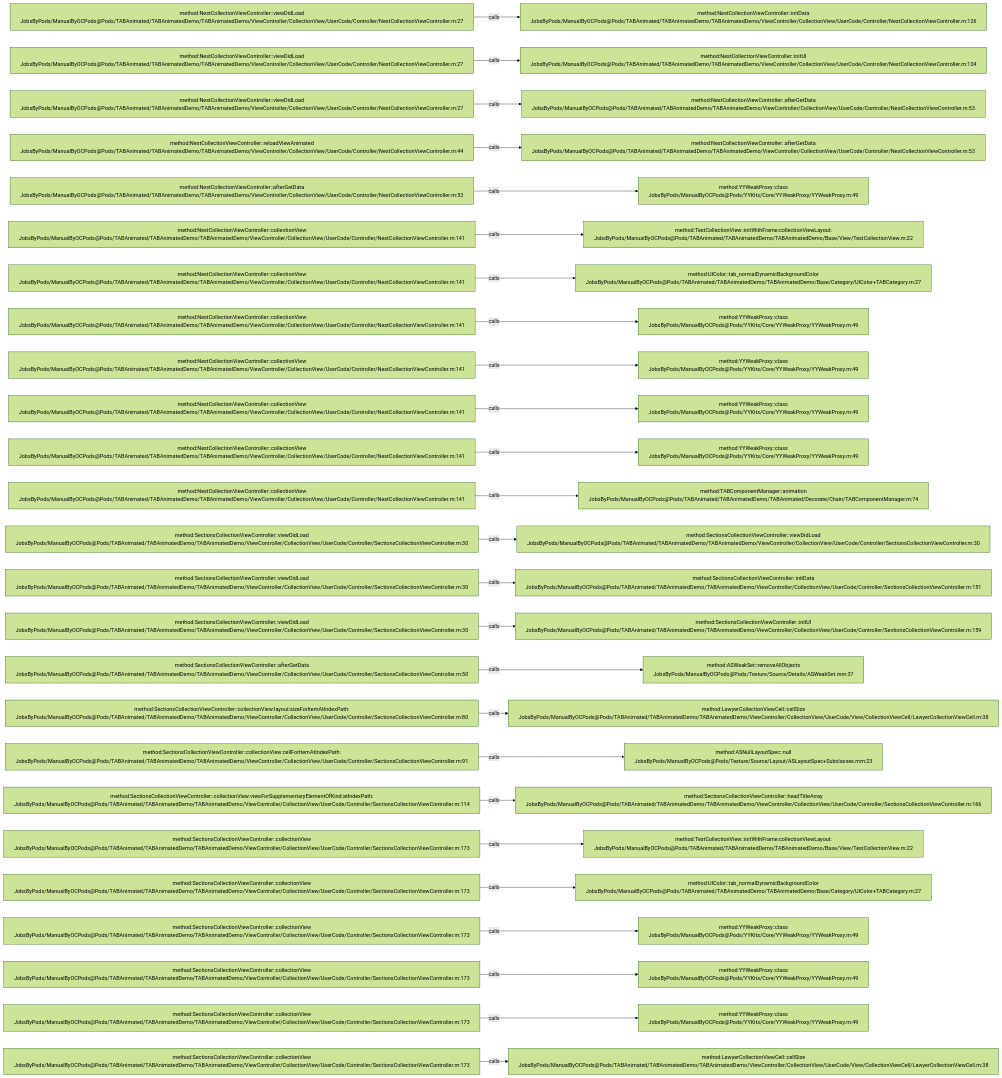
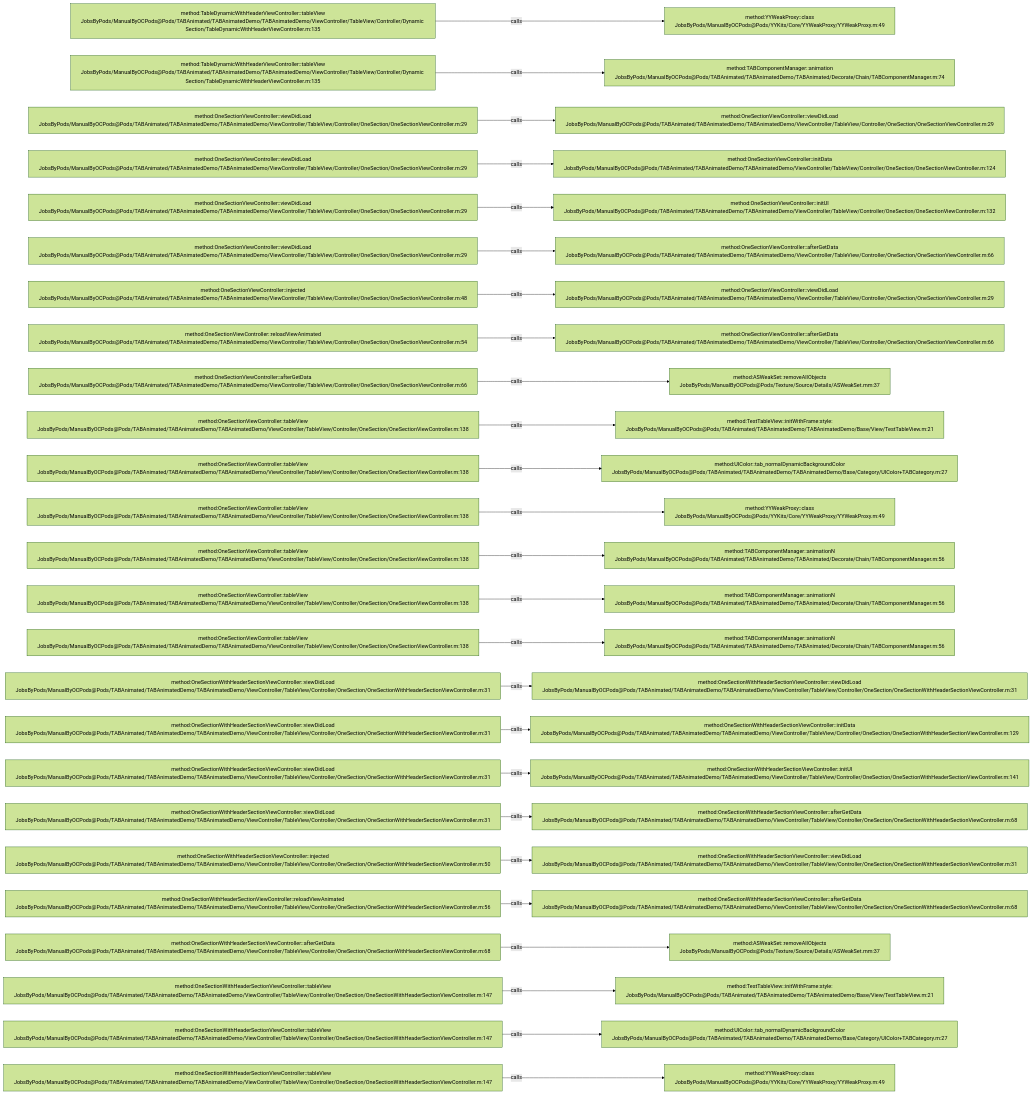
Before and after one commit to JobsKits/JobsOCBaseConfigDemo: the diagram in .codegraph/codegraph.md/graphs/calls-058.md, drawn with Mermaid (forest theme). The commit also changed 1223 other files, not shown here.

````diff
--- a/.codegraph/codegraph.md/graphs/calls-058.md
+++ b/.codegraph/codegraph.md/graphs/calls-058.md
@@ -13,78 +13,78 @@
 ```mermaid
 flowchart LR
-  S1["method:NestCollectionViewController::viewDidLoad<br/>JobsByPods/ManualByOCPods@Pods/TABAnimated/TABAnimatedDemo/TABAnimatedDemo/ViewController/CollectionView/UserCode/Controller/NestCollectionViewController.m:27"]
-  T1["method:NestCollectionViewController::initData<br/>JobsByPods/ManualByOCPods@Pods/TABAnimated/TABAnimatedDemo/TABAnimatedDemo/ViewController/CollectionView/UserCode/Controller/NestCollectionViewController.m:126"]
+  S1["method:TableDynamicWithHeaderViewController::tableView<br/>JobsByPods/ManualByOCPods@Pods/TABAnimated/TABAnimatedDemo/TABAnimatedDemo/ViewController/TableView/Controller/Dynamic Section/TableDynamicWithHeaderViewController.m:135"]
+  T1["method:YYWeakProxy::class<br/>JobsByPods/ManualByOCPods@Pods/YYKits/Core/YYWeakProxy/YYWeakProxy.m:49"]
   S1 -->|calls| T1
-  S2["method:NestCollectionViewController::viewDidLoad<br/>JobsByPods/ManualByOCPods@Pods/TABAnimated/TABAnimatedDemo/TABAnimatedDemo/ViewController/CollectionView/UserCode/Controller/NestCollectionViewController.m:27"]
-  T2["method:NestCollectionViewController::initUI<br/>JobsByPods/ManualByOCPods@Pods/TABAnimated/TABAnimatedDemo/TABAnimatedDemo/ViewController/CollectionView/UserCode/Controller/NestCollectionViewController.m:134"]
+  S2["method:TableDynamicWithHeaderViewController::tableView<br/>JobsByPods/ManualByOCPods@Pods/TABAnimated/TABAnimatedDemo/TABAnimatedDemo/ViewController/TableView/Controller/Dynamic Section/TableDynamicWithHeaderViewController.m:135"]
+  T2["method:TABComponentManager::animation<br/>JobsByPods/ManualByOCPods@Pods/TABAnimated/TABAnimatedDemo/TABAnimated/Decorate/Chain/TABComponentManager.m:74"]
   S2 -->|calls| T2
-  S3["method:NestCollectionViewController::viewDidLoad<br/>JobsByPods/ManualByOCPods@Pods/TABAnimated/TABAnimatedDemo/TABAnimatedDemo/ViewController/CollectionView/UserCode/Controller/NestCollectionViewController.m:27"]
-  T3["method:NestCollectionViewController::afterGetData<br/>JobsByPods/ManualByOCPods@Pods/TABAnimated/TABAnimatedDemo/TABAnimatedDemo/ViewController/CollectionView/UserCode/Controller/NestCollectionViewController.m:53"]
+  S3["method:OneSectionViewController::viewDidLoad<br/>JobsByPods/ManualByOCPods@Pods/TABAnimated/TABAnimatedDemo/TABAnimatedDemo/ViewController/TableView/Controller/OneSection/OneSectionViewController.m:29"]
+  T3["method:OneSectionViewController::viewDidLoad<br/>JobsByPods/ManualByOCPods@Pods/TABAnimated/TABAnimatedDemo/TABAnimatedDemo/ViewController/TableView/Controller/OneSection/OneSectionViewController.m:29"]
   S3 -->|calls| T3
-  S4["method:NestCollectionViewController::reloadViewAnimated<br/>JobsByPods/ManualByOCPods@Pods/TABAnimated/TABAnimatedDemo/TABAnimatedDemo/ViewController/CollectionView/UserCode/Controller/NestCollectionViewController.m:44"]
-  T4["method:NestCollectionViewController::afterGetData<br/>JobsByPods/ManualByOCPods@Pods/TABAnimated/TABAnimatedDemo/TABAnimatedDemo/ViewController/CollectionView/UserCode/Controller/NestCollectionViewController.m:53"]
+  S4["method:OneSectionViewController::viewDidLoad<br/>JobsByPods/ManualByOCPods@Pods/TABAnimated/TABAnimatedDemo/TABAnimatedDemo/ViewController/TableView/Controller/OneSection/OneSectionViewController.m:29"]
+  T4["method:OneSectionViewController::initData<br/>JobsByPods/ManualByOCPods@Pods/TABAnimated/TABAnimatedDemo/TABAnimatedDemo/ViewController/TableView/Controller/OneSection/OneSectionViewController.m:124"]
   S4 -->|calls| T4
-  S5["method:NestCollectionViewController::afterGetData<br/>JobsByPods/ManualByOCPods@Pods/TABAnimated/TABAnimatedDemo/TABAnimatedDemo/ViewController/CollectionView/UserCode/Controller/NestCollectionViewController.m:53"]
-  T5["method:YYWeakProxy::class<br/>JobsByPods/ManualByOCPods@Pods/YYKits/Core/YYWeakProxy/YYWeakProxy.m:49"]
+  S5["method:OneSectionViewController::viewDidLoad<br/>JobsByPods/ManualByOCPods@Pods/TABAnimated/TABAnimatedDemo/TABAnimatedDemo/ViewController/TableView/Controller/OneSection/OneSectionViewController.m:29"]
+  T5["method:OneSectionViewController::initUI<br/>JobsByPods/ManualByOCPods@Pods/TABAnimated/TABAnimatedDemo/TABAnimatedDemo/ViewController/TableView/Controller/OneSection/OneSectionViewController.m:132"]
   S5 -->|calls| T5
-  S6["method:NestCollectionViewController::collectionView<br/>JobsByPods/ManualByOCPods@Pods/TABAnimated/TABAnimatedDemo/TABAnimatedDemo/ViewController/CollectionView/UserCode/Controller/NestCollectionViewController.m:141"]
-  T6["method:TestCollectionView::initWithFrame:collectionViewLayout:<br/>JobsByPods/ManualByOCPods@Pods/TABAnimated/TABAnimatedDemo/TABAnimatedDemo/Base/View/TestCollectionView.m:22"]
+  S6["method:OneSectionViewController::viewDidLoad<br/>JobsByPods/ManualByOCPods@Pods/TABAnimated/TABAnimatedDemo/TABAnimatedDemo/ViewController/TableView/Controller/OneSection/OneSectionViewController.m:29"]
+  T6["method:OneSectionViewController::afterGetData<br/>JobsByPods/ManualByOCPods@Pods/TABAnimated/TABAnimatedDemo/TABAnimatedDemo/ViewController/TableView/Controller/OneSection/OneSectionViewController.m:66"]
   S6 -->|calls| T6
-  S7["method:NestCollectionViewController::collectionView<br/>JobsByPods/ManualByOCPods@Pods/TABAnimated/TABAnimatedDemo/TABAnimatedDemo/ViewController/CollectionView/UserCode/Controller/NestCollectionViewController.m:141"]
-  T7["method:UIColor::tab_normalDynamicBackgroundColor<br/>JobsByPods/ManualByOCPods@Pods/TABAnimated/TABAnimatedDemo/TABAnimatedDemo/Base/Category/UIColor+TABCategory.m:27"]
+  S7["method:OneSectionViewController::injected<br/>JobsByPods/ManualByOCPods@Pods/TABAnimated/TABAnimatedDemo/TABAnimatedDemo/ViewController/TableView/Controller/OneSection/OneSectionViewController.m:48"]
+  T7["method:OneSectionViewController::viewDidLoad<br/>JobsByPods/ManualByOCPods@Pods/TABAnimated/TABAnimatedDemo/TABAnimatedDemo/ViewController/TableView/Controller/OneSection/OneSectionViewController.m:29"]
   S7 -->|calls| T7
-  S8["method:NestCollectionViewController::collectionView<br/>JobsByPods/ManualByOCPods@Pods/TABAnimated/TABAnimatedDemo/TABAnimatedDemo/ViewController/CollectionView/UserCode/Controller/NestCollectionViewController.m:141"]
-  T8["method:YYWeakProxy::class<br/>JobsByPods/ManualByOCPods@Pods/YYKits/Core/YYWeakProxy/YYWeakProxy.m:49"]
+  S8["method:OneSectionViewController::reloadViewAnimated<br/>JobsByPods/ManualByOCPods@Pods/TABAnimated/TABAnimatedDemo/TABAnimatedDemo/ViewController/TableView/Controller/OneSection/OneSectionViewController.m:54"]
+  T8["method:OneSectionViewController::afterGetData<br/>JobsByPods/ManualByOCPods@Pods/TABAnimated/TABAnimatedDemo/TABAnimatedDemo/ViewController/TableView/Controller/OneSection/OneSectionViewController.m:66"]
   S8 -->|calls| T8
-  S9["method:NestCollectionViewController::collectionView<br/>JobsByPods/ManualByOCPods@Pods/TABAnimated/TABAnimatedDemo/TABAnimatedDemo/ViewController/CollectionView/UserCode/Controller/NestCollectionViewController.m:141"]
-  T9["method:YYWeakProxy::class<br/>JobsByPods/ManualByOCPods@Pods/YYKits/Core/YYWeakProxy/YYWeakProxy.m:49"]
+  S9["method:OneSectionViewController::afterGetData<br/>JobsByPods/ManualByOCPods@Pods/TABAnimated/TABAnimatedDemo/TABAnimatedDemo/ViewController/TableView/Controller/OneSection/OneSectionViewController.m:66"]
+  T9["method:ASWeakSet::removeAllObjects<br/>JobsByPods/ManualByOCPods@Pods/Texture/Source/Details/ASWeakSet.mm:37"]
   S9 -->|calls| T9
-  S10["method:NestCollectionViewController::collectionView<br/>JobsByPods/ManualByOCPods@Pods/TABAnimated/TABAnimatedDemo/TABAnimatedDemo/ViewController/CollectionView/UserCode/Controller/NestCollectionViewController.m:141"]
-  T10["method:YYWeakProxy::class<br/>JobsByPods/ManualByOCPods@Pods/YYKits/Core/YYWeakProxy/YYWeakProxy.m:49"]
+  S10["method:OneSectionViewController::tableView<br/>JobsByPods/ManualByOCPods@Pods/TABAnimated/TABAnimatedDemo/TABAnimatedDemo/ViewController/TableView/Controller/OneSection/OneSectionViewController.m:138"]
+  T10["method:TestTableView::initWithFrame:style:<br/>JobsByPods/ManualByOCPods@Pods/TABAnimated/TABAnimatedDemo/TABAnimatedDemo/Base/View/TestTableView.m:21"]
   S10 -->|calls| T10
-  S11["method:NestCollectionViewController::collectionView<br/>JobsByPods/ManualByOCPods@Pods/TABAnimated/TABAnimatedDemo/TABAnimatedDemo/ViewController/CollectionView/UserCode/Controller/NestCollectionViewController.m:141"]
-  T11["method:YYWeakProxy::class<br/>JobsByPods/ManualByOCPods@Pods/YYKits/Core/YYWeakProxy/YYWeakProxy.m:49"]
+  S11["method:OneSectionViewController::tableView<br/>JobsByPods/ManualByOCPods@Pods/TABAnimated/TABAnimatedDemo/TABAnimatedDemo/ViewController/TableView/Controller/OneSection/OneSectionViewController.m:138"]
+  T11["method:UIColor::tab_normalDynamicBackgroundColor<br/>JobsByPods/ManualByOCPods@Pods/TABAnimated/TABAnimatedDemo/TABAnimatedDemo/Base/Category/UIColor+TABCategory.m:27"]
   S11 -->|calls| T11
-  S12["method:NestCollectionViewController::collectionView<br/>JobsByPods/ManualByOCPods@Pods/TABAnimated/TABAnimatedDemo/TABAnimatedDemo/ViewController/CollectionView/UserCode/Controller/NestCollectionViewController.m:141"]
-  T12["method:TABComponentManager::animation<br/>JobsByPods/ManualByOCPods@Pods/TABAnimated/TABAnimatedDemo/TABAnimated/Decorate/Chain/TABComponentManager.m:74"]
+  S12["method:OneSectionViewController::tableView<br/>JobsByPods/ManualByOCPods@Pods/TABAnimated/TABAnimatedDemo/TABAnimatedDemo/ViewController/TableView/Controller/OneSection/OneSectionViewController.m:138"]
+  T12["method:YYWeakProxy::class<br/>JobsByPods/ManualByOCPods@Pods/YYKits/Core/YYWeakProxy/YYWeakProxy.m:49"]
   S12 -->|calls| T12
-  S13["method:SectionsCollectionViewController::viewDidLoad<br/>JobsByPods/ManualByOCPods@Pods/TABAnimated/TABAnimatedDemo/TABAnimatedDemo/ViewController/CollectionView/UserCode/Controller/SectionsCollectionViewController.m:30"]
-  T13["method:SectionsCollectionViewController::viewDidLoad<br/>JobsByPods/ManualByOCPods@Pods/TABAnimated/TABAnimatedDemo/TABAnimatedDemo/ViewController/CollectionView/UserCode/Controller/SectionsCollectionViewController.m:30"]
+  S13["method:OneSectionViewController::tableView<br/>JobsByPods/ManualByOCPods@Pods/TABAnimated/TABAnimatedDemo/TABAnimatedDemo/ViewController/TableView/Controller/OneSection/OneSectionViewController.m:138"]
+  T13["method:TABComponentManager::animationN<br/>JobsByPods/ManualByOCPods@Pods/TABAnimated/TABAnimatedDemo/TABAnimated/Decorate/Chain/TABComponentManager.m:56"]
   S13 -->|calls| T13
-  S14["method:SectionsCollectionViewController::viewDidLoad<br/>JobsByPods/ManualByOCPods@Pods/TABAnimated/TABAnimatedDemo/TABAnimatedDemo/ViewController/CollectionView/UserCode/Controller/SectionsCollectionViewController.m:30"]
-  T14["method:SectionsCollectionViewController::initData<br/>JobsByPods/ManualByOCPods@Pods/TABAnimated/TABAnimatedDemo/TABAnimatedDemo/ViewController/CollectionView/UserCode/Controller/SectionsCollectionViewController.m:151"]
+  S14["method:OneSectionViewController::tableView<br/>JobsByPods/ManualByOCPods@Pods/TABAnimated/TABAnimatedDemo/TABAnimatedDemo/ViewController/TableView/Controller/OneSection/OneSectionViewController.m:138"]
+  T14["method:TABComponentManager::animationN<br/>JobsByPods/ManualByOCPods@Pods/TABAnimated/TABAnimatedDemo/TABAnimated/Decorate/Chain/TABComponentManager.m:56"]
   S14 -->|calls| T14
-  S15["method:SectionsCollectionViewController::viewDidLoad<br/>JobsByPods/ManualByOCPods@Pods/TABAnimated/TABAnimatedDemo/TABAnimatedDemo/ViewController/CollectionView/UserCode/Controller/SectionsCollectionViewController.m:30"]
-  T15["method:SectionsCollectionViewController::initUI<br/>JobsByPods/ManualByOCPods@Pods/TABAnimated/TABAnimatedDemo/TABAnimatedDemo/ViewController/CollectionView/UserCode/Controller/SectionsCollectionViewController.m:159"]
+  S15["method:OneSectionViewController::tableView<br/>JobsByPods/ManualByOCPods@Pods/TABAnimated/TABAnimatedDemo/TABAnimatedDemo/ViewController/TableView/Controller/OneSection/OneSectionViewController.m:138"]
+  T15["method:TABComponentManager::animationN<br/>JobsByPods/ManualByOCPods@Pods/TABAnimated/TABAnimatedDemo/TABAnimated/Decorate/Chain/TABComponentManager.m:56"]
   S15 -->|calls| T15
-  S16["method:SectionsCollectionViewController::afterGetData<br/>JobsByPods/ManualByOCPods@Pods/TABAnimated/TABAnimatedDemo/TABAnimatedDemo/ViewController/CollectionView/UserCode/Controller/SectionsCollectionViewController.m:50"]
-  T16["method:ASWeakSet::removeAllObjects<br/>JobsByPods/ManualByOCPods@Pods/Texture/Source/Details/ASWeakSet.mm:37"]
+  S16["method:OneSectionWithHeaderSectionViewController::viewDidLoad<br/>JobsByPods/ManualByOCPods@Pods/TABAnimated/TABAnimatedDemo/TABAnimatedDemo/ViewController/TableView/Controller/OneSection/OneSectionWithHeaderSectionViewController.m:31"]
+  T16["method:OneSectionWithHeaderSectionViewController::viewDidLoad<br/>JobsByPods/ManualByOCPods@Pods/TABAnimated/TABAnimatedDemo/TABAnimatedDemo/ViewController/TableView/Controller/OneSection/OneSectionWithHeaderSectionViewController.m:31"]
   S16 -->|calls| T16
-  S17["method:SectionsCollectionViewController::collectionView:layout:sizeForItemAtIndexPath:<br/>JobsByPods/ManualByOCPods@Pods/TABAnimated/TABAnimatedDemo/TABAnimatedDemo/ViewController/CollectionView/UserCode/Controller/SectionsCollectionViewController.m:80"]
-  T17["method:LawyerCollectionViewCell::cellSize<br/>JobsByPods/ManualByOCPods@Pods/TABAnimated/TABAnimatedDemo/TABAnimatedDemo/ViewController/CollectionView/UserCode/View/CollectionViewCell/LawyerCollectionViewCell.m:38"]
+  S17["method:OneSectionWithHeaderSectionViewController::viewDidLoad<br/>JobsByPods/ManualByOCPods@Pods/TABAnimated/TABAnimatedDemo/TABAnimatedDemo/ViewController/TableView/Controller/OneSection/OneSectionWithHeaderSectionViewController.m:31"]
+  T17["method:OneSectionWithHeaderSectionViewController::initData<br/>JobsByPods/ManualByOCPods@Pods/TABAnimated/TABAnimatedDemo/TABAnimatedDemo/ViewController/TableView/Controller/OneSection/OneSectionWithHeaderSectionViewController.m:129"]
   S17 -->|calls| T17
-  S18["method:SectionsCollectionViewController::collectionView:cellForItemAtIndexPath:<br/>JobsByPods/ManualByOCPods@Pods/TABAnimated/TABAnimatedDemo/TABAnimatedDemo/ViewController/CollectionView/UserCode/Controller/SectionsCollectionViewController.m:91"]
-  T18["method:ASNullLayoutSpec::null<br/>JobsByPods/ManualByOCPods@Pods/Texture/Source/Layout/ASLayoutSpec+Subclasses.mm:23"]
+  S18["method:OneSectionWithHeaderSectionViewController::viewDidLoad<br/>JobsByPods/ManualByOCPods@Pods/TABAnimated/TABAnimatedDemo/TABAnimatedDemo/ViewController/TableView/Controller/OneSection/OneSectionWithHeaderSectionViewController.m:31"]
+  T18["method:OneSectionWithHeaderSectionViewController::initUI<br/>JobsByPods/ManualByOCPods@Pods/TABAnimated/TABAnimatedDemo/TABAnimatedDemo/ViewController/TableView/Controller/OneSection/OneSectionWithHeaderSectionViewController.m:141"]
   S18 -->|calls| T18
-  S19["method:SectionsCollectionViewController::collectionView:viewForSupplementaryElementOfKind:atIndexPath:<br/>JobsByPods/ManualByOCPods@Pods/TABAnimated/TABAnimatedDemo/TABAnimatedDemo/ViewController/CollectionView/UserCode/Controller/SectionsCollectionViewController.m:114"]
-  T19["method:SectionsCollectionViewController::headTitleArray<br/>JobsByPods/ManualByOCPods@Pods/TABAnimated/TABAnimatedDemo/TABAnimatedDemo/ViewController/CollectionView/UserCode/Controller/SectionsCollectionViewController.m:166"]
+  S19["method:OneSectionWithHeaderSectionViewController::viewDidLoad<br/>JobsByPods/ManualByOCPods@Pods/TABAnimated/TABAnimatedDemo/TABAnimatedDemo/ViewController/TableView/Controller/OneSection/OneSectionWithHeaderSectionViewController.m:31"]
+  T19["method:OneSectionWithHeaderSectionViewController::afterGetData<br/>JobsByPods/ManualByOCPods@Pods/TABAnimated/TABAnimatedDemo/TABAnimatedDemo/ViewController/TableView/Controller/OneSection/OneSectionWithHeaderSectionViewController.m:68"]
   S19 -->|calls| T19
-  S20["method:SectionsCollectionViewController::collectionView<br/>JobsByPods/ManualByOCPods@Pods/TABAnimated/TABAnimatedDemo/TABAnimatedDemo/ViewController/CollectionView/UserCode/Controller/SectionsCollectionViewController.m:173"]
-  T20["method:TestCollectionView::initWithFrame:collectionViewLayout:<br/>JobsByPods/ManualByOCPods@Pods/TABAnimated/TABAnimatedDemo/TABAnimatedDemo/Base/View/TestCollectionView.m:22"]
+  S20["method:OneSectionWithHeaderSectionViewController::injected<br/>JobsByPods/ManualByOCPods@Pods/TABAnimated/TABAnimatedDemo/TABAnimatedDemo/ViewController/TableView/Controller/OneSection/OneSectionWithHeaderSectionViewController.m:50"]
+  T20["method:OneSectionWithHeaderSectionViewController::viewDidLoad<br/>JobsByPods/ManualByOCPods@Pods/TABAnimated/TABAnimatedDemo/TABAnimatedDemo/ViewController/TableView/Controller/OneSection/OneSectionWithHeaderSectionViewController.m:31"]
   S20 -->|calls| T20
-  S21["method:SectionsCollectionViewController::collectionView<br/>JobsByPods/ManualByOCPods@Pods/TABAnimated/TABAnimatedDemo/TABAnimatedDemo/ViewController/CollectionView/UserCode/Controller/SectionsCollectionViewController.m:173"]
-  T21["method:UIColor::tab_normalDynamicBackgroundColor<br/>JobsByPods/ManualByOCPods@Pods/TABAnimated/TABAnimatedDemo/TABAnimatedDemo/Base/Category/UIColor+TABCategory.m:27"]
+  S21["method:OneSectionWithHeaderSectionViewController::reloadViewAnimated<br/>JobsByPods/ManualByOCPods@Pods/TABAnimated/TABAnimatedDemo/TABAnimatedDemo/ViewController/TableView/Controller/OneSection/OneSectionWithHeaderSectionViewController.m:56"]
+  T21["method:OneSectionWithHeaderSectionViewController::afterGetData<br/>JobsByPods/ManualByOCPods@Pods/TABAnimated/TABAnimatedDemo/TABAnimatedDemo/ViewController/TableView/Controller/OneSection/OneSectionWithHeaderSectionViewController.m:68"]
   S21 -->|calls| T21
-  S22["method:SectionsCollectionViewController::collectionView<br/>JobsByPods/ManualByOCPods@Pods/TABAnimated/TABAnimatedDemo/TABAnimatedDemo/ViewController/CollectionView/UserCode/Controller/SectionsCollectionViewController.m:173"]
-  T22["method:YYWeakProxy::class<br/>JobsByPods/ManualByOCPods@Pods/YYKits/Core/YYWeakProxy/YYWeakProxy.m:49"]
+  S22["method:OneSectionWithHeaderSectionViewController::afterGetData<br/>JobsByPods/ManualByOCPods@Pods/TABAnimated/TABAnimatedDemo/TABAnimatedDemo/ViewController/TableView/Controller/OneSection/OneSectionWithHeaderSectionViewController.m:68"]
+  T22["method:ASWeakSet::removeAllObjects<br/>JobsByPods/ManualByOCPods@Pods/Texture/Source/Details/ASWeakSet.mm:37"]
   S22 -->|calls| T22
-  S23["method:SectionsCollectionViewController::collectionView<br/>JobsByPods/ManualByOCPods@Pods/TABAnimated/TABAnimatedDemo/TABAnimatedDemo/ViewController/CollectionView/UserCode/Controller/SectionsCollectionViewController.m:173"]
-  T23["method:YYWeakProxy::class<br/>JobsByPods/ManualByOCPods@Pods/YYKits/Core/YYWeakProxy/YYWeakProxy.m:49"]
+  S23["method:OneSectionWithHeaderSectionViewController::tableView<br/>JobsByPods/ManualByOCPods@Pods/TABAnimated/TABAnimatedDemo/TABAnimatedDemo/ViewController/TableView/Controller/OneSection/OneSectionWithHeaderSectionViewController.m:147"]
+  T23["method:TestTableView::initWithFrame:style:<br/>JobsByPods/ManualByOCPods@Pods/TABAnimated/TABAnimatedDemo/TABAnimatedDemo/Base/View/TestTableView.m:21"]
   S23 -->|calls| T23
-  S24["method:SectionsCollectionViewController::collectionView<br/>JobsByPods/ManualByOCPods@Pods/TABAnimated/TABAnimatedDemo/TABAnimatedDemo/ViewController/CollectionView/UserCode/Controller/SectionsCollectionViewController.m:173"]
-  T24["method:YYWeakProxy::class<br/>JobsByPods/ManualByOCPods@Pods/YYKits/Core/YYWeakProxy/YYWeakProxy.m:49"]
+  S24["method:OneSectionWithHeaderSectionViewController::tableView<br/>JobsByPods/ManualByOCPods@Pods/TABAnimated/TABAnimatedDemo/TABAnimatedDemo/ViewController/TableView/Controller/OneSection/OneSectionWithHeaderSectionViewController.m:147"]
+  T24["method:UIColor::tab_normalDynamicBackgroundColor<br/>JobsByPods/ManualByOCPods@Pods/TABAnimated/TABAnimatedDemo/TABAnimatedDemo/Base/Category/UIColor+TABCategory.m:27"]
   S24 -->|calls| T24
-  S25["method:SectionsCollectionViewController::collectionView<br/>JobsByPods/ManualByOCPods@Pods/TABAnimated/TABAnimatedDemo/TABAnimatedDemo/ViewController/CollectionView/UserCode/Controller/SectionsCollectionViewController.m:173"]
-  T25["method:LawyerCollectionViewCell::cellSize<br/>JobsByPods/ManualByOCPods@Pods/TABAnimated/TABAnimatedDemo/TABAnimatedDemo/ViewController/CollectionView/UserCode/View/CollectionViewCell/LawyerCollectionViewCell.m:38"]
+  S25["method:OneSectionWithHeaderSectionViewController::tableView<br/>JobsByPods/ManualByOCPods@Pods/TABAnimated/TABAnimatedDemo/TABAnimatedDemo/ViewController/TableView/Controller/OneSection/OneSectionWithHeaderSectionViewController.m:147"]
+  T25["method:YYWeakProxy::class<br/>JobsByPods/ManualByOCPods@Pods/YYKits/Core/YYWeakProxy/YYWeakProxy.m:49"]
   S25 -->|calls| T25
 ```
````
